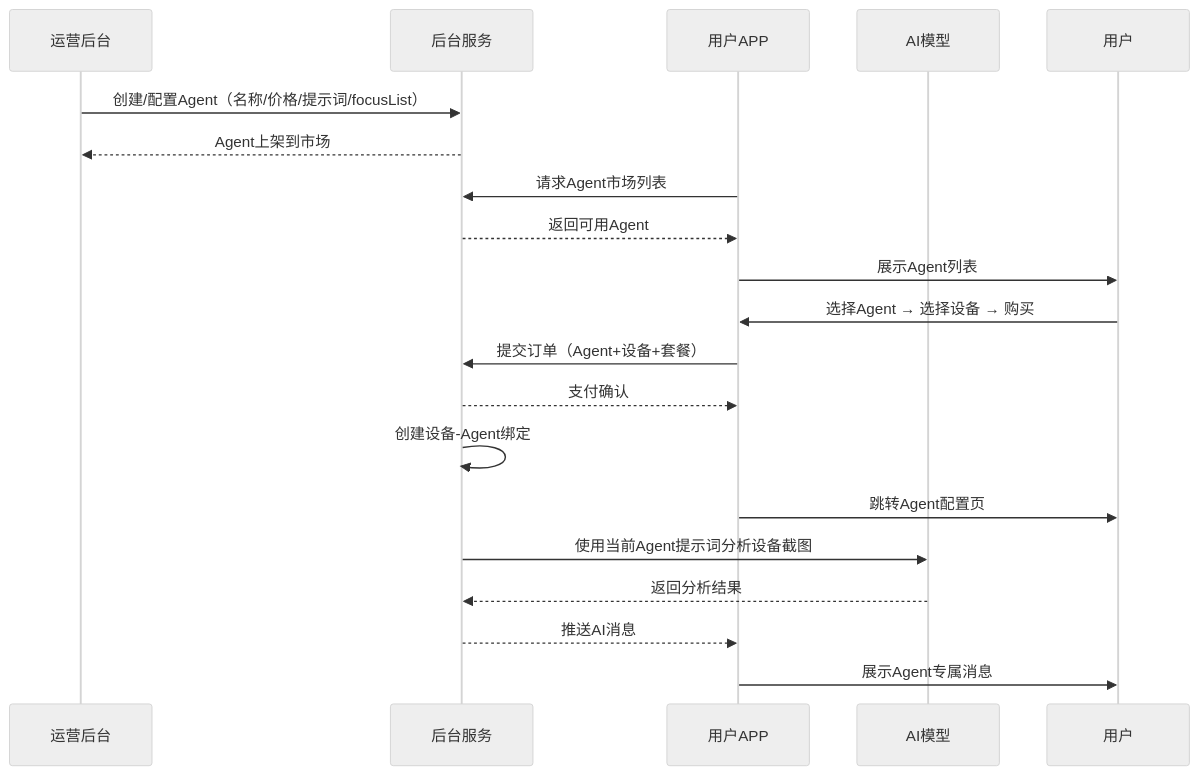
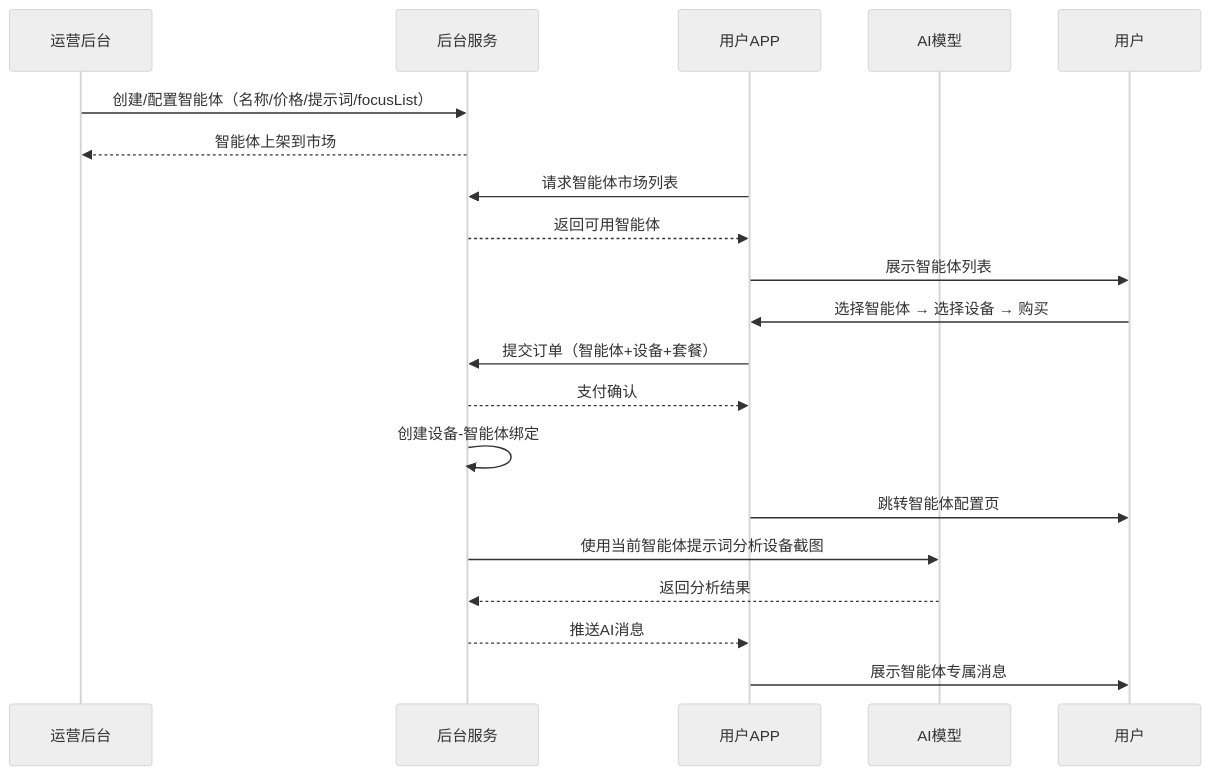
The third of 4 diagrams in docs/prd_full/Agent工厂/Agent工厂03PRD.md (hongtao-l/platform), drawn with Mermaid (neutral theme) before and after one commit. The commit also changed other lines of this file and 13 other files, not shown here.

````diff
--- a/docs/prd_full/Agent工厂/Agent工厂03PRD.md
+++ b/docs/prd_full/Agent工厂/Agent工厂03PRD.md
@@ -126,22 +123,22 @@
 ```mermaid
 sequenceDiagram
     participant 运营 as 运营后台
     participant 后台 as 后台服务
     participant APP as 用户APP
     participant 模型 as AI模型
 
-    运营->>后台: 创建/配置Agent（名称/价格/提示词/focusList）
-    后台-->>运营: Agent上架到市场
-    APP->>后台: 请求Agent市场列表
-    后台-->>APP: 返回可用Agent
-    APP->>用户: 展示Agent列表
-    用户->>APP: 选择Agent → 选择设备 → 购买
-    APP->>后台: 提交订单（Agent+设备+套餐）
+    运营->>后台: 创建/配置智能体（名称/价格/提示词/focusList）
+    后台-->>运营: 智能体上架到市场
+    APP->>后台: 请求智能体市场列表
+    后台-->>APP: 返回可用智能体
+    APP->>用户: 展示智能体列表
+    用户->>APP: 选择智能体 → 选择设备 → 购买
+    APP->>后台: 提交订单（智能体+设备+套餐）
     后台-->>APP: 支付确认
-    后台->>后台: 创建设备-Agent绑定
-    APP->>用户: 跳转Agent配置页
-    后台->>模型: 使用当前Agent提示词分析设备截图
+    后台->>后台: 创建设备-智能体绑定
+    APP->>用户: 跳转智能体配置页
+    后台->>模型: 使用当前智能体提示词分析设备截图
     模型-->>后台: 返回分析结果
     后台-->>APP: 推送AI消息
-    APP->>用户: 展示Agent专属消息
+    APP->>用户: 展示智能体专属消息
 ```
````
